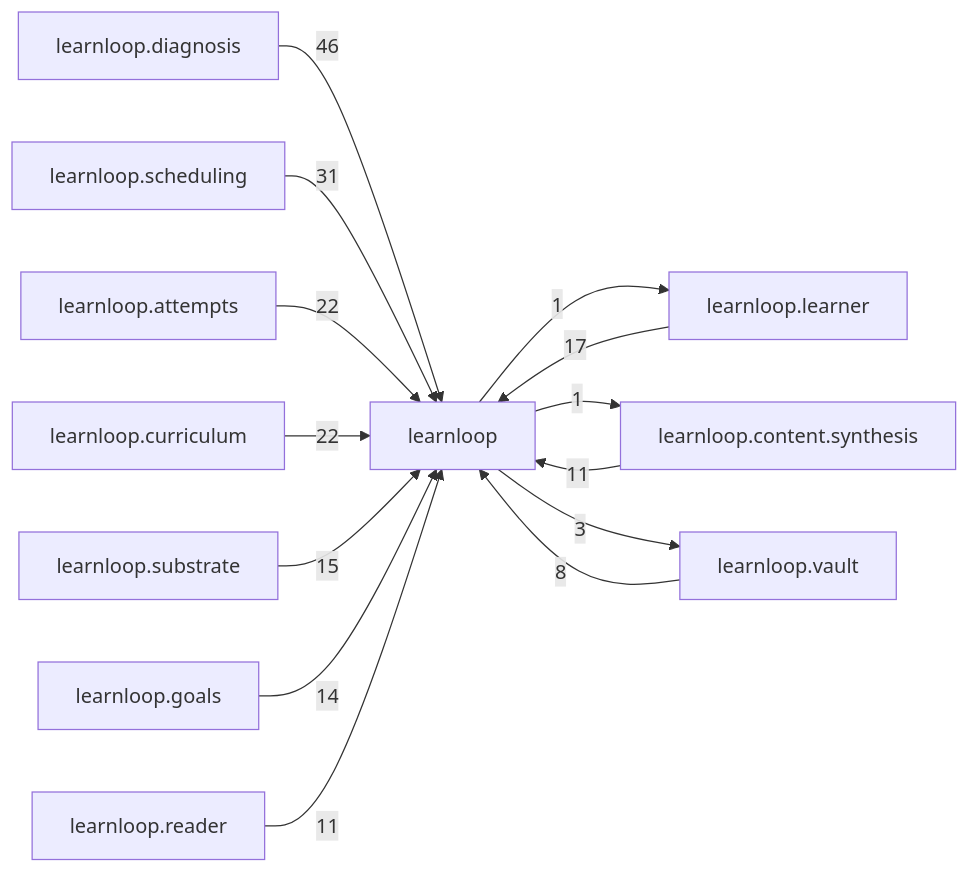
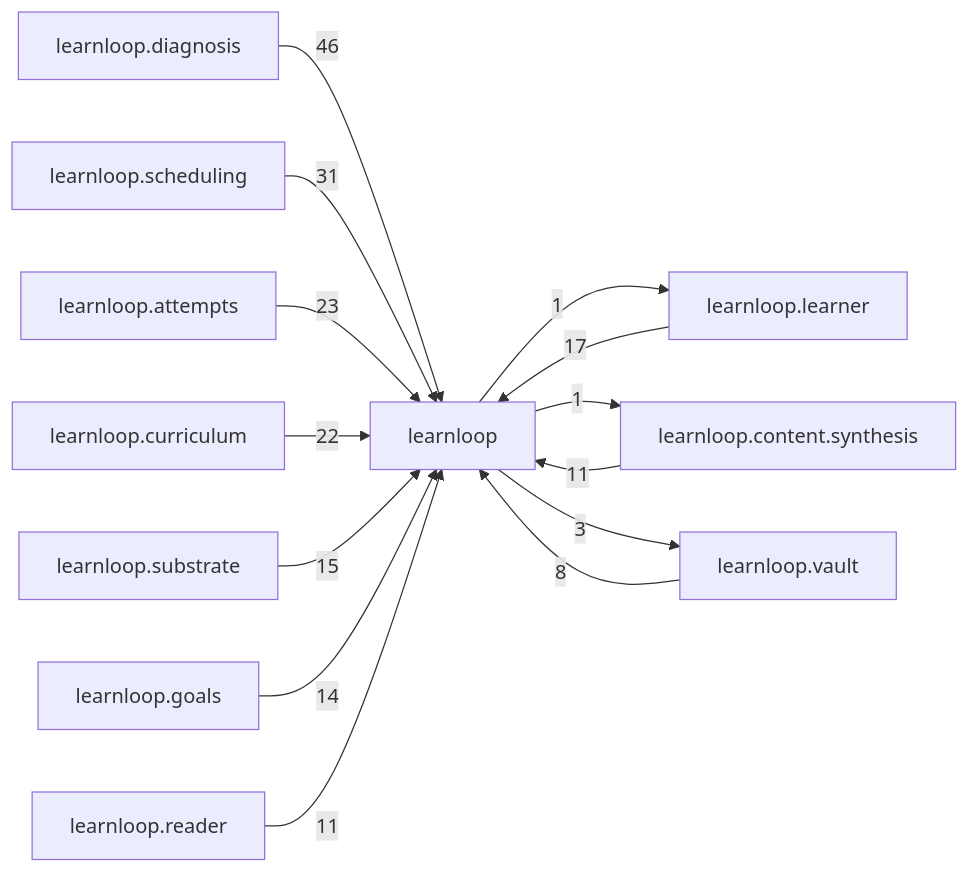
The diagram in docs/learnloop-architecture-vault/Reference/Modules/learnloop/_package.md (6up-b/learnanything), drawn with Mermaid before and after one commit. The commit also changed other lines of this file and 31 other files, not shown here.

````diff
--- a/docs/learnloop-architecture-vault/Reference/Modules/learnloop/_package.md
+++ b/docs/learnloop-architecture-vault/Reference/Modules/learnloop/_package.md
@@ -142,27 +142,27 @@
 ```mermaid
 flowchart LR
     center["learnloop"]
     n_learnloop_diagnosis["learnloop.diagnosis"]
     n_learnloop_scheduling["learnloop.scheduling"]
     n_learnloop_attempts["learnloop.attempts"]
     n_learnloop_curriculum["learnloop.curriculum"]
     n_learnloop_learner["learnloop.learner"]
     n_learnloop_substrate["learnloop.substrate"]
     n_learnloop_goals["learnloop.goals"]
     n_learnloop_content_synthesis["learnloop.content.synthesis"]
     n_learnloop_reader["learnloop.reader"]
     n_learnloop_vault["learnloop.vault"]
     n_learnloop_diagnosis -->|46| center
     n_learnloop_scheduling -->|31| center
-    n_learnloop_attempts -->|22| center
+    n_learnloop_attempts -->|23| center
     n_learnloop_curriculum -->|22| center
     n_learnloop_learner -->|17| center
     center -->|1| n_learnloop_learner
     n_learnloop_substrate -->|15| center
     n_learnloop_goals -->|14| center
     n_learnloop_content_synthesis -->|11| center
     center -->|1| n_learnloop_content_synthesis
     n_learnloop_reader -->|11| center
     n_learnloop_vault -->|8| center
     center -->|3| n_learnloop_vault
 ```
````
